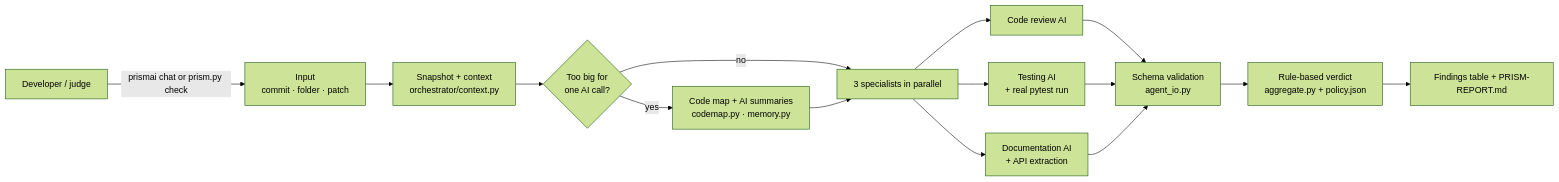
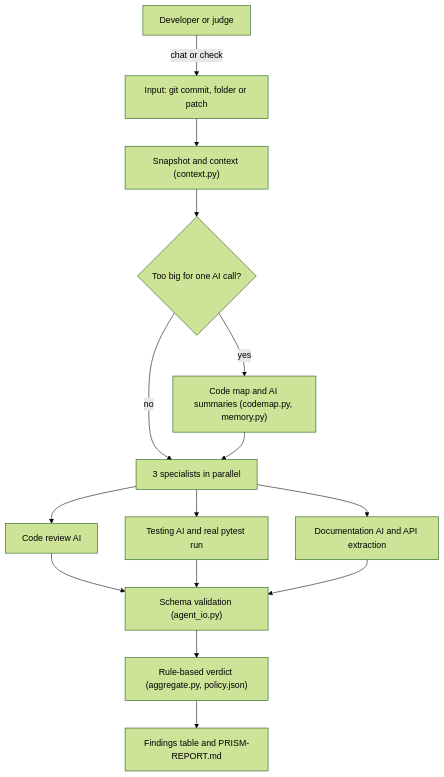
One commit to Hackathon-Repo-Org/PRism-AI-PROD- changed the diagram in README.md. Above: the diagram before and after it, drawn with Mermaid (forest theme). The commit also changed other lines of this file, not shown here.

Commit message:
README: fix architecture diagram rendering; remove IBM Bob run instructions
The Mermaid diagram now uses basic syntax that GitHub renders. PRism-AI is
run with DeepSeek (or another API key), so the run-inside-Bob instructions
were removed; the Bob development evidence section is kept.

````diff
--- a/README.md
+++ b/README.md
@@ -110,15 +110,30 @@
 ```mermaid
-flowchart LR
-    U[Developer / judge] -->|prismai chat or prism.py check| I[Input<br/>commit · folder · patch]
-    I --> S[Snapshot + context<br/>orchestrator/context.py]
-    S --> P{Too big for<br/>one AI call?}
-    P -- no --> R
-    P -- yes --> M[Code map + AI summaries<br/>codemap.py · memory.py]
-    M --> R[3 specialists in parallel]
-    R --> CR[Code review AI]
-    R --> TE[Testing AI<br/>+ real pytest run]
-    R --> DO[Documentation AI<br/>+ API extraction]
-    CR & TE & DO --> V[Schema validation<br/>agent_io.py]
-    V --> D[Rule-based verdict<br/>aggregate.py + policy.json]
-    D --> O[Findings table + PRISM-REPORT.md]
+flowchart TD
+    user["Developer or judge"]
+    input["Input: git commit, folder or patch"]
+    snap["Snapshot and context (context.py)"]
+    size{"Too big for one AI call?"}
+    map["Code map and AI summaries (codemap.py, memory.py)"]
+    spec["3 specialists in parallel"]
+    cr["Code review AI"]
+    te["Testing AI and real pytest run"]
+    docs["Documentation AI and API extraction"]
+    val["Schema validation (agent_io.py)"]
+    verdict["Rule-based verdict (aggregate.py, policy.json)"]
+    out["Findings table and PRISM-REPORT.md"]
+
+    user -->|"chat or check"| input
+    input --> snap
+    snap --> size
+    size -->|"no"| spec
+    size -->|"yes"| map
+    map --> spec
+    spec --> cr
+    spec --> te
+    spec --> docs
+    cr --> val
+    te --> val
+    docs --> val
+    val --> verdict
+    verdict --> out
 ```
````
